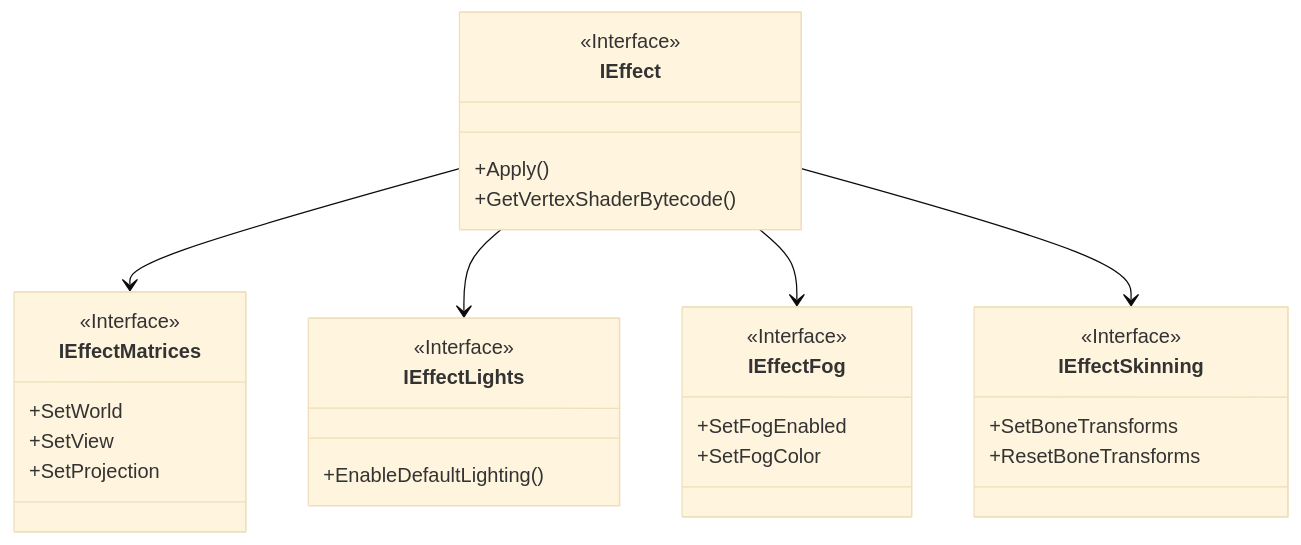
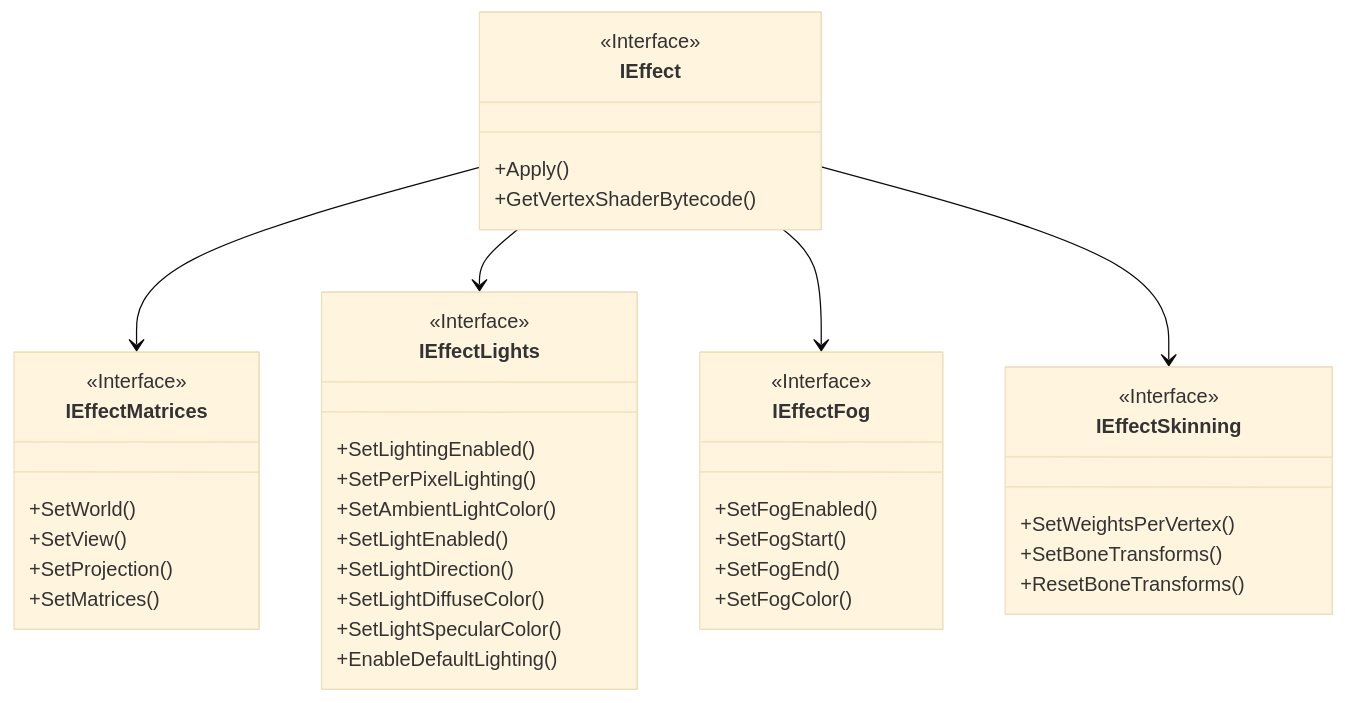
Before and after one commit to neogrammer/Wiki: the diagram in IEffect.md, drawn with Mermaid (base theme).

Commit message:
Updated IEffect (markdown)

````diff
--- a/IEffect.md
+++ b/IEffect.md
@@ -10,32 +10,43 @@
 ```mermaid
 classDiagram
 class IEffect{
     <<Interface>>
     +Apply()
     +GetVertexShaderBytecode()
 }
 class IEffectMatrices{
     <<Interface>>
-    +SetWorld
-    +SetView
-    +SetProjection
+    +SetWorld()
+    +SetView()
+    +SetProjection()
+    +SetMatrices()
 }
 class IEffectLights{
     <<Interface>>
+    +SetLightingEnabled()
+    +SetPerPixelLighting()
+    +SetAmbientLightColor()
+    +SetLightEnabled()
+    +SetLightDirection()
+    +SetLightDiffuseColor()
+    +SetLightSpecularColor()
     +EnableDefaultLighting()
 }
 class IEffectFog{
     <<Interface>>
-    +SetFogEnabled
-    +SetFogColor
+    +SetFogEnabled()
+    +SetFogStart()
+    +SetFogEnd()
+    +SetFogColor()
 }
 class IEffectSkinning{
     <<Interface>>
-    +SetBoneTransforms
-    +ResetBoneTransforms
+    +SetWeightsPerVertex()
+    +SetBoneTransforms()
+    +ResetBoneTransforms()
 }
 IEffect --> IEffectMatrices
 IEffect --> IEffectLights
 IEffect --> IEffectFog
 IEffect --> IEffectSkinning
 ```
````
